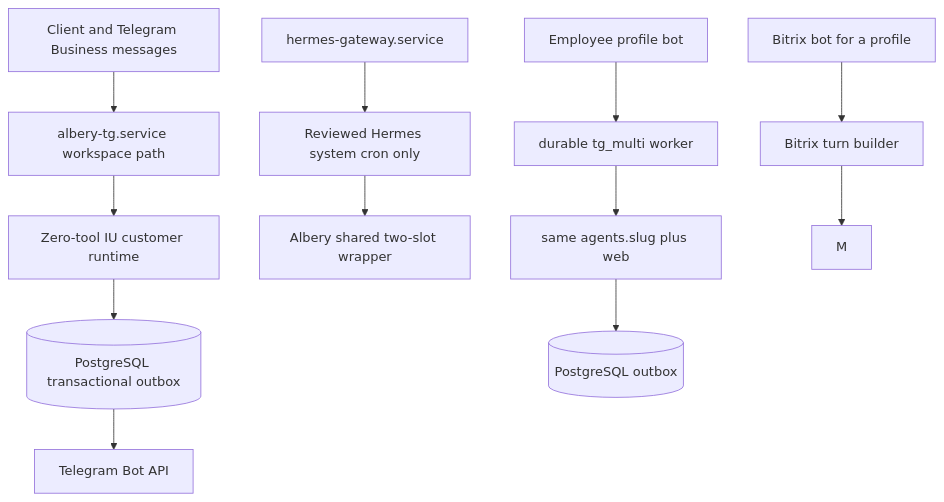
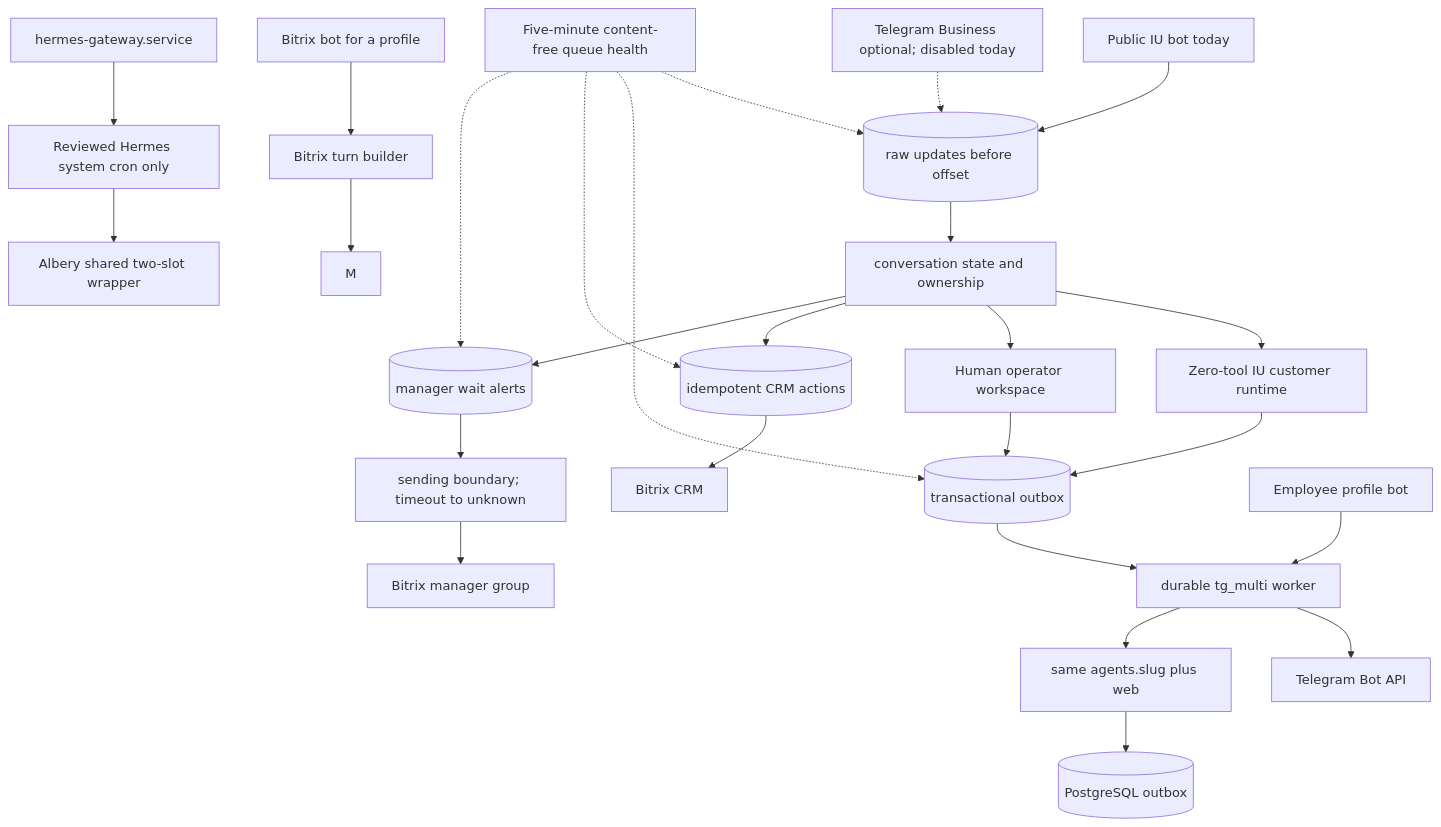
Before and after one commit to xotizwf-create/Albery: the third of 5 diagrams in docs/audit/architecture/CURRENT.md, drawn with Mermaid. The commit also changed other lines of this file and 5 other files, not shown here.

Commit message:
docs: record client Telegram lifecycle hardening

````diff
--- a/docs/audit/architecture/CURRENT.md
+++ b/docs/audit/architecture/CURRENT.md
@@ -111,17 +111,31 @@
 ```mermaid
 flowchart TD
-    C[Client and Telegram Business messages] --> W[albery-tg.service workspace path]
-    W --> Z[Zero-tool IU customer runtime]
-    Z --> O[(PostgreSQL transactional outbox)]
-    O --> API[Telegram Bot API]
+    C[Public IU bot today] --> I[(raw updates before offset)]
+    B[Telegram Business optional; disabled today] -.-> I
+    I --> S[conversation state and ownership]
+    S --> Z[Zero-tool IU customer runtime]
+    S --> H[Human operator workspace]
+    Z --> O[(transactional outbox)]
+    H --> O
+    O --> P[sending provider boundary]
+    P --> API[Telegram Bot API]
+    S --> Q[(idempotent CRM actions)]
+    Q --> CRM[Bitrix CRM]
+    S --> MA[(manager wait alerts)]
+    MA --> MB[sending boundary; timeout to unknown]
+    MB --> BITRIX[Bitrix manager group]
+    MON[Five-minute content-free queue health] -.-> I
+    MON -.-> O
+    MON -.-> Q
+    MON -.-> MA
 
     G[hermes-gateway.service] --> GD[Reviewed Hermes system cron only]
     GD --> GL[Albery shared two-slot wrapper]
 
     X[Employee profile bot] --> P[durable tg_multi worker]
     P --> A[same agents.slug plus web]
     A --> DS[(PostgreSQL outbox)]
 
     BA[Bitrix bot for a profile] --> BP[Bitrix turn builder]
     BP --> M
 ```
````
